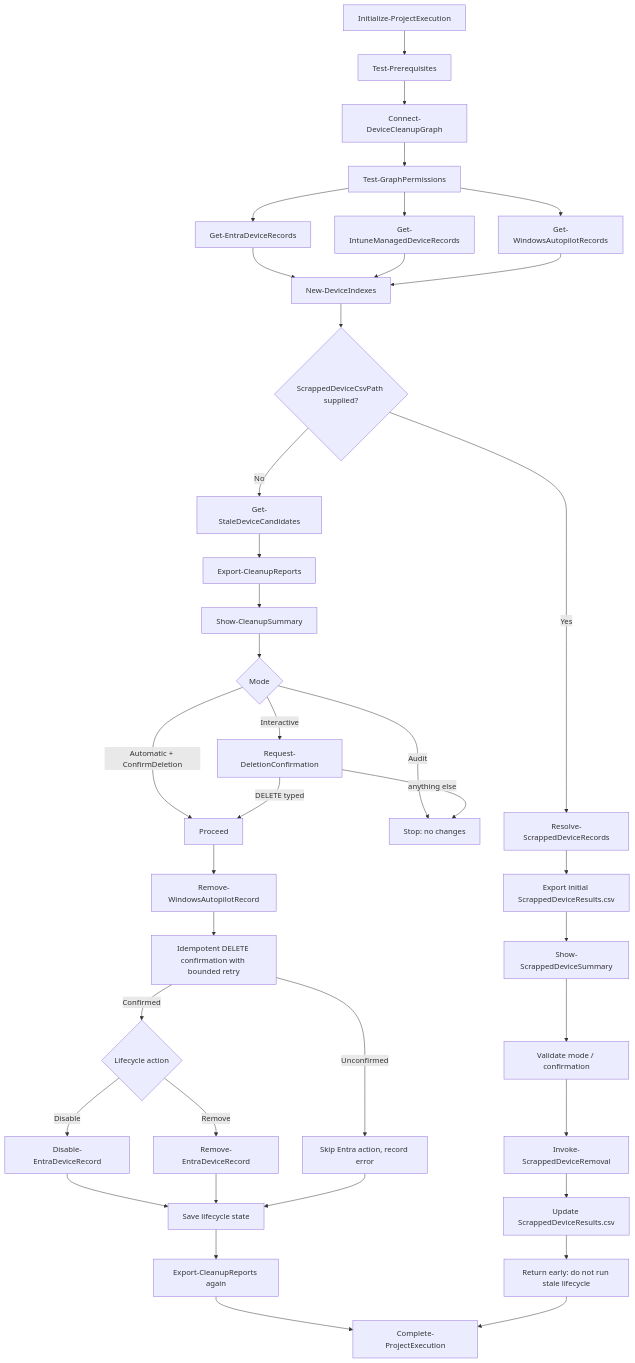
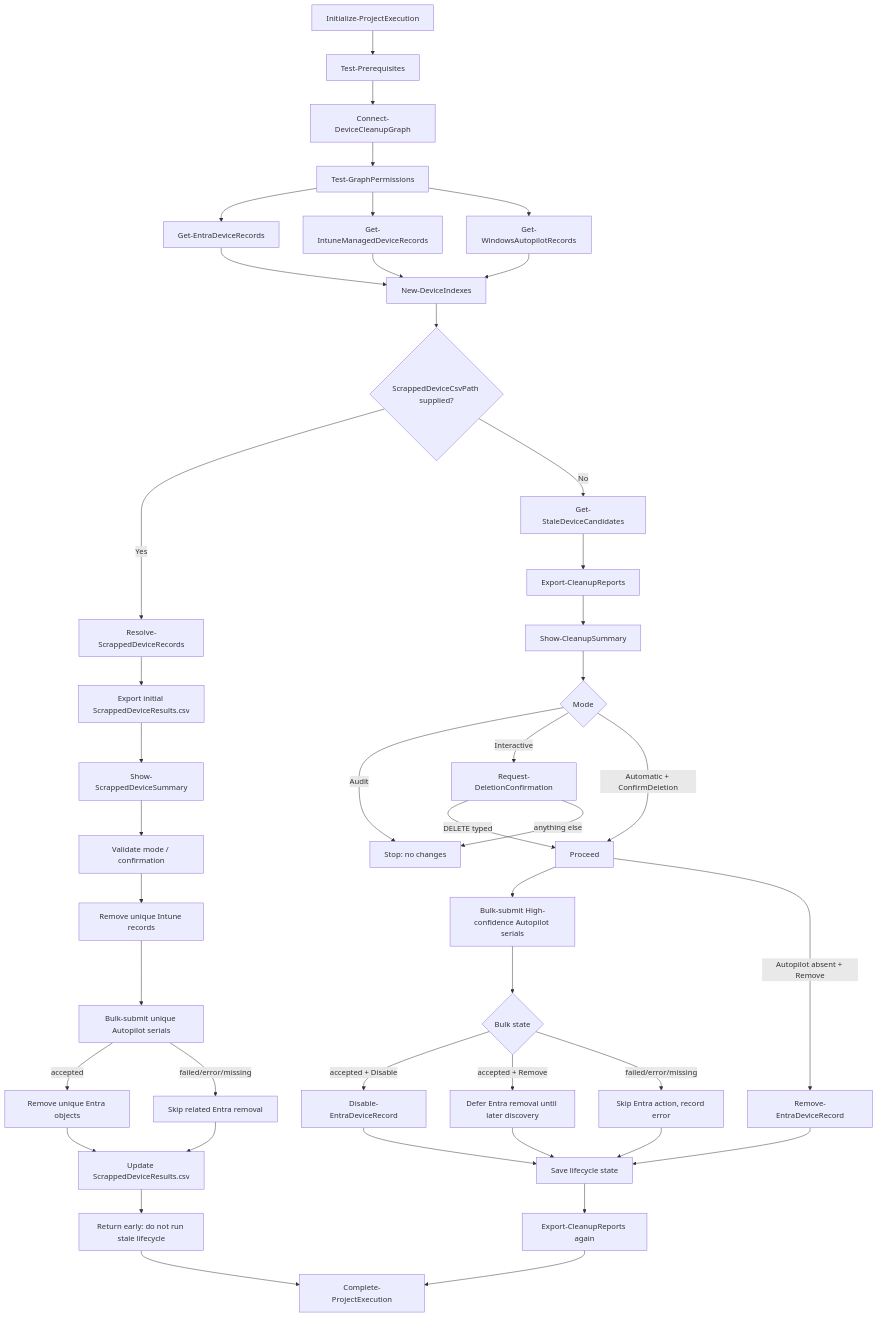
The diagram in docs/Architecture.md (AteaTom/delete-stale-device-records-msgraph), drawn with Mermaid before and after one commit. The commit also changed other lines of this file and 11 other files, not shown here.

Commit message:
Use chunked bulk Autopilot removal

````diff
--- a/docs/Architecture.md
+++ b/docs/Architecture.md
@@ -8,41 +8,46 @@
 ```mermaid
 flowchart TD
     A[Initialize-ProjectExecution] --> B[Test-Prerequisites]
     B --> C[Connect-DeviceCleanupGraph]
     C --> D[Test-GraphPermissions]
     D --> E[Get-EntraDeviceRecords]
     D --> F[Get-IntuneManagedDeviceRecords]
     D --> G[Get-WindowsAutopilotRecords]
     E --> H[New-DeviceIndexes]
     F --> H
     G --> H
     H --> X{ScrappedDeviceCsvPath supplied?}
     X -->|Yes| Y[Resolve-ScrappedDeviceRecords]
    Y --> Y1[Export initial ScrappedDeviceResults.csv]
    Y1 --> Y2[Show-ScrappedDeviceSummary]
    Y2 --> Z1[Validate mode / confirmation]
-    Z1 --> Z2[Invoke-ScrappedDeviceRemoval]
-   Z2 --> Z3[Update ScrappedDeviceResults.csv]
+   Z1 --> ZA[Remove unique Intune records]
+   ZA --> ZB[Bulk-submit unique Autopilot serials]
+   ZB -->|accepted| ZC[Remove unique Entra objects]
+   ZB -->|failed/error/missing| ZD[Skip related Entra removal]
+   ZC --> Z3[Update ScrappedDeviceResults.csv]
+   ZD --> Z3
     Z3 --> Z4[Return early: do not run stale lifecycle]
     X -->|No| I[Get-StaleDeviceCandidates]
     I --> J[Export-CleanupReports]
     J --> K[Show-CleanupSummary]
     K --> L{Mode}
     L -->|Audit| M[Stop: no changes]
     L -->|Interactive| N[Request-DeletionConfirmation]
     L -->|Automatic + ConfirmDeletion| O[Proceed]
     N -->|DELETE typed| O
     N -->|anything else| M
-    O --> P[Remove-WindowsAutopilotRecord]
-    P --> Q[Idempotent DELETE confirmation with bounded retry]
-    Q -->|Confirmed| R{Lifecycle action}
-    R -->|Disable| S[Disable-EntraDeviceRecord]
-    R -->|Remove| T[Remove-EntraDeviceRecord]
-    Q -->|Unconfirmed| U[Skip Entra action, record error]
+   O --> P[Bulk-submit High-confidence Autopilot serials]
+   P --> Q{Bulk state}
+   Q -->|accepted + Disable| S[Disable-EntraDeviceRecord]
+   Q -->|accepted + Remove| U[Defer Entra removal until later discovery]
+   Q -->|failed/error/missing| U2[Skip Entra action, record error]
+   O -->|Autopilot absent + Remove| T[Remove-EntraDeviceRecord]
     S --> V[Save lifecycle state]
     T --> V
     U --> V
+   U2 --> V
     V --> W[Export-CleanupReports again]
     W --> Z5[Complete-ProjectExecution]
     Z4 --> Z5
 ```
````
